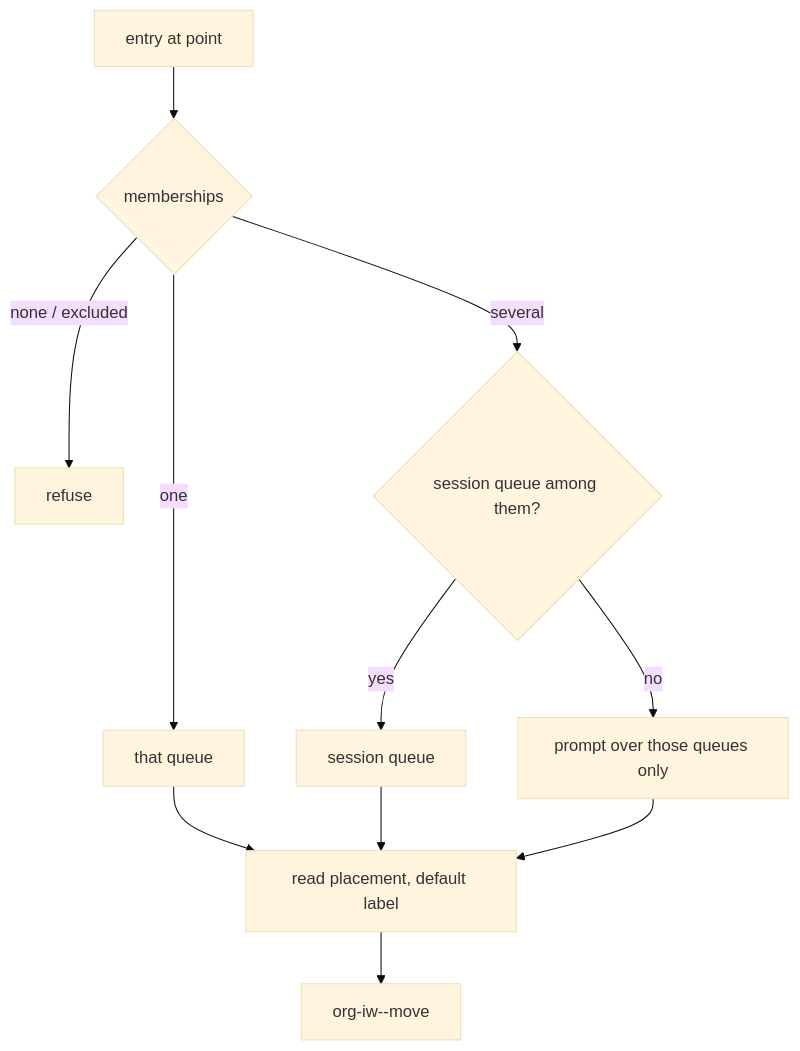
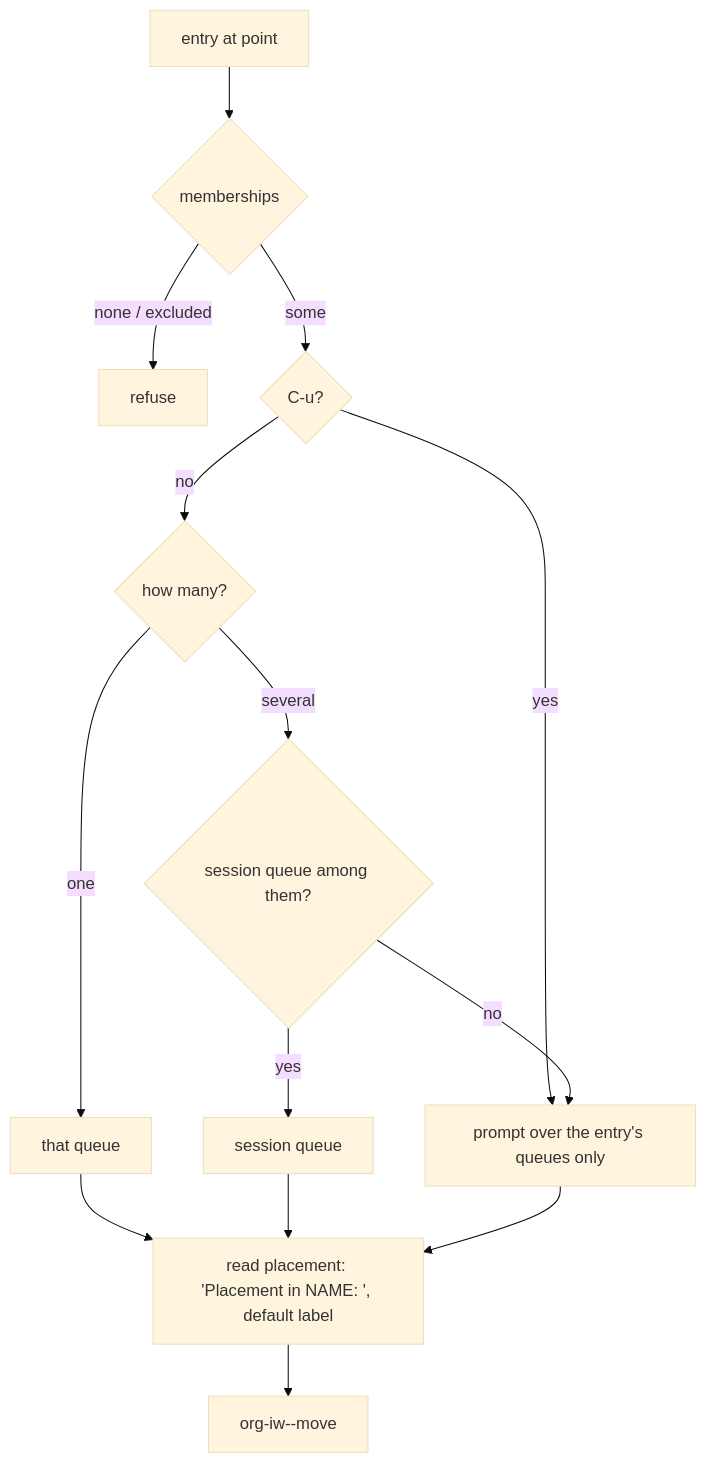
One commit to davidlee/org-incremental-writing changed the second of 3 diagrams in .doctrine/slice/003/design.md. Above: the diagram before and after it, drawn with Mermaid (base theme). The commit also changed other lines of this file and 6 other files, not shown here.

First line of the commit message:
doctrine(SL-003): DEC-020 (C-u on Move/Remove picks the queue; placement prompt names it); amend design § 5.2/§ 5.4/§ 7/§ 9/§ 10; re-lock (RV-010)

````diff
--- a/.doctrine/slice/003/design.md
+++ b/.doctrine/slice/003/design.md
@@ -478,11 +482,14 @@
 ```mermaid
 flowchart TD
   A[entry at point] --> B{memberships}
   B -- none / excluded --> R[refuse]
-  B -- one --> Q[that queue]
-  B -- several --> S{session queue among them?}
+  B -- some --> U{C-u?}
+  U -- yes --> P[prompt over the entry's queues only]
+  U -- no --> N{how many?}
+  N -- one --> Q[that queue]
+  N -- several --> S{session queue among them?}
   S -- yes --> Q2[session queue]
-  S -- no --> P[prompt over those queues only]
-  Q & Q2 & P --> L[read placement, default label]
+  S -- no --> P
+  Q & Q2 & P --> L["read placement: 'Placement in NAME: ', default label"]
   L --> M[org-iw--move]
 ```
````
